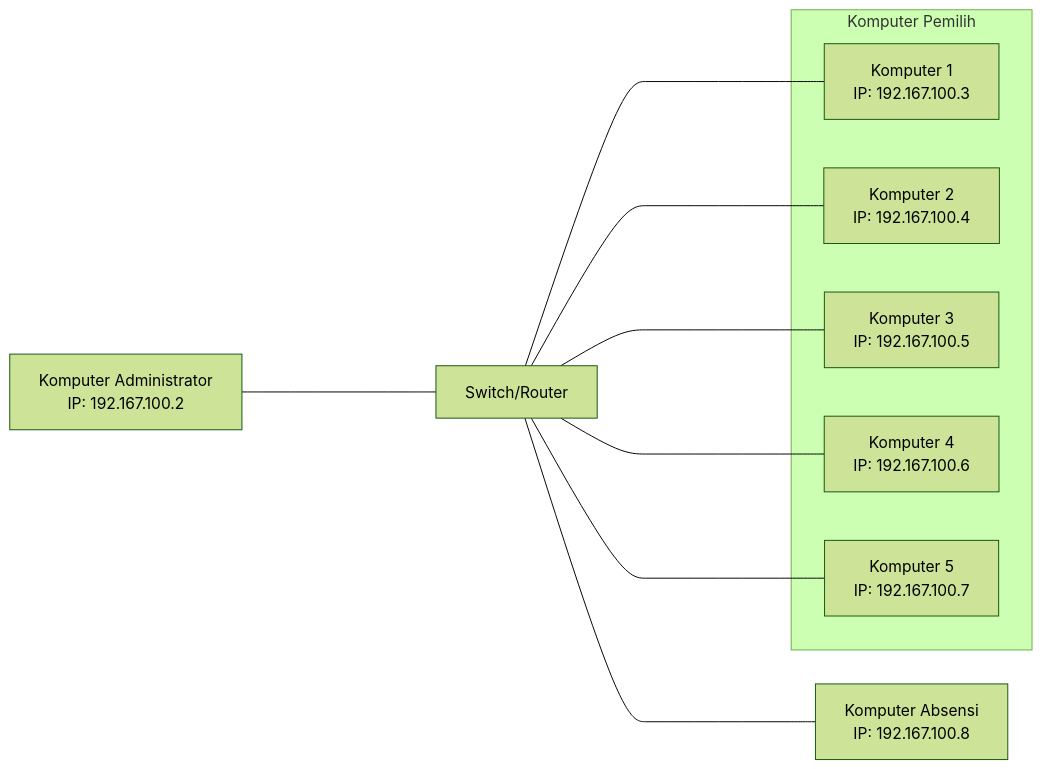
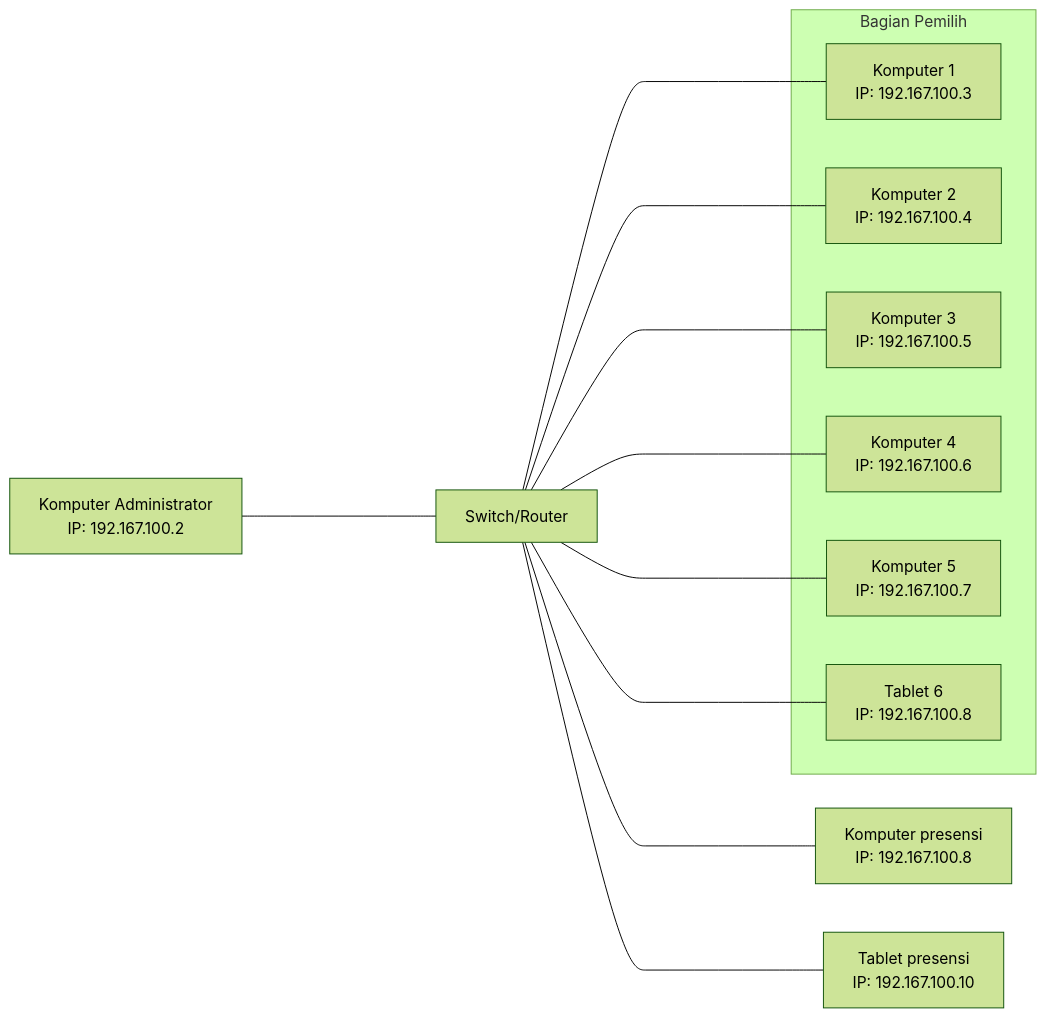
The diagram in src/content/docs/panduan/baseline/konektivitas/topologi-alat-praktik.md (sora-vp/web-dokumentasi), drawn with Mermaid (forest theme) before and after one commit. The commit also changed other lines of this file and 9 other files, not shown here.

````diff
--- a/src/content/docs/panduan/baseline/konektivitas/topologi-alat-praktik.md
+++ b/src/content/docs/panduan/baseline/konektivitas/topologi-alat-praktik.md
@@ -6,25 +25,29 @@
 ```mermaid
 graph LR
-   A[Komputer Administrator<br />IP: 192.167.100.2]
-   B[Switch/Router<br />]
+   A[Komputer Administrator <br />IP: 192.167.100.2]
+   B[Switch/Router]
 
-   subgraph Komputer Pemilih
-   C[Komputer 1<br />IP: 192.167.100.3]
+   subgraph Bagian Pemilih
+   C[Komputer 1 <br /> IP: 192.167.100.3]
    D[Komputer 2<br />IP: 192.167.100.4]
    E[Komputer 3<br />IP: 192.167.100.5]
    F[Komputer 4<br />IP: 192.167.100.6]
    G[Komputer 5<br />IP: 192.167.100.7]
+   H[Tablet 6<br />IP: 192.167.100.8]
    end
 
-   H[Komputer Absensi<br />IP: 192.167.100.8]
+   I[Komputer presensi<br />IP: 192.167.100.8]
+   J[Tablet presensi<br />IP: 192.167.100.10]
 
    A ------ B
 
    B ------ C
    B ------ D
    B ------ E
    B ------ F
    B ------ G
+   B ------ H
 
-   B ------ H
+   B ------ I
+   B ------ J
 ```
````
